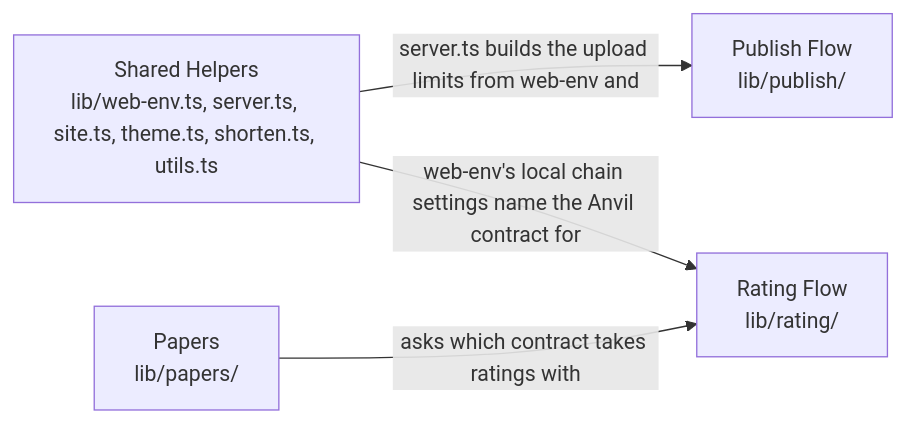
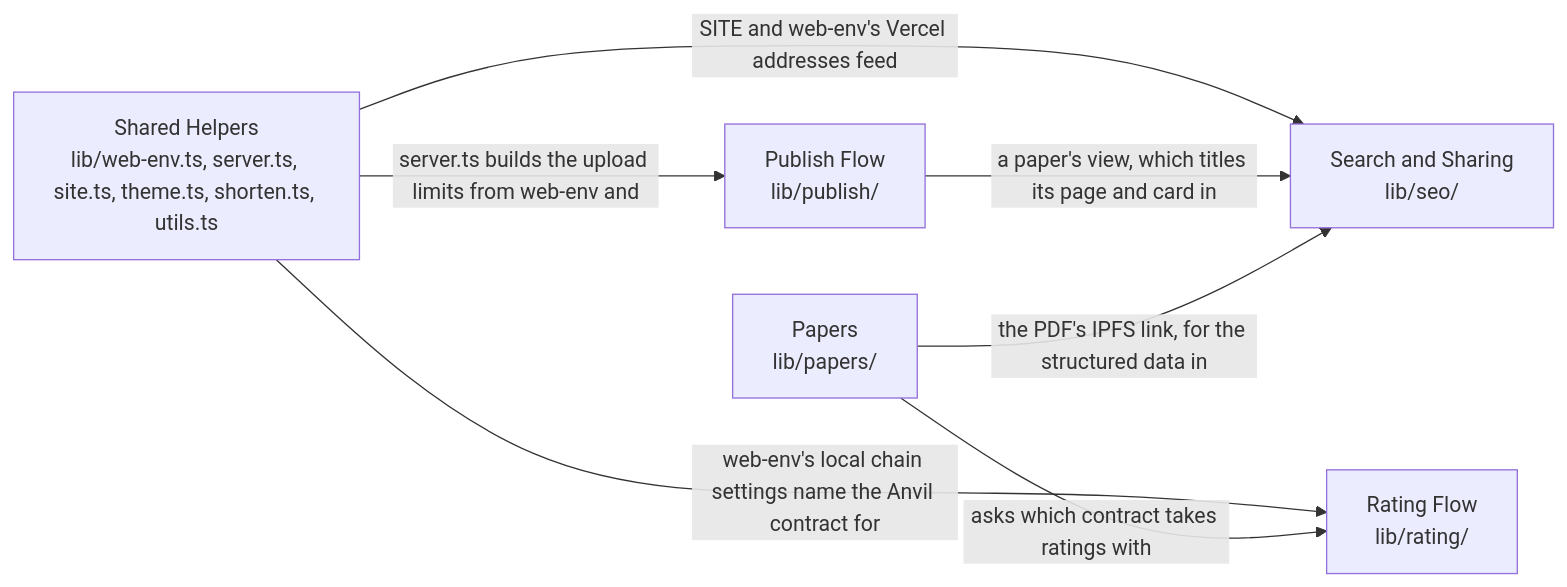
Before and after one commit to SiegfriedBz/labstrail: the diagram in .omm/overall-architecture/web-app/lib/diagram.mmd, drawn with Mermaid. The commit also changed 135 other files, not shown here.

First line of the commit message:
feat(web): open production to search engines and AI search (#50)

```diff
--- a/.omm/overall-architecture/web-app/lib/diagram.mmd
+++ b/.omm/overall-architecture/web-app/lib/diagram.mmd
@@ -1,4 +1,7 @@
 graph LR
     helpers["Shared Helpers\nlib/web-env.ts, server.ts, site.ts, theme.ts, shorten.ts, utils.ts"] -->|"server.ts builds the upload limits from web-env and"| publish["Publish Flow\nlib/publish/"]
     helpers -->|"web-env's local chain settings name the Anvil contract for"| rating["Rating Flow\nlib/rating/"]
     papers["Papers\nlib/papers/"] -->|"asks which contract takes ratings with"| rating
+    helpers -->|"SITE and web-env's Vercel addresses feed"| seo["Search and Sharing\nlib/seo/"]
+    publish -->|"a paper's view, which titles its page and card in"| seo
+    papers -->|"the PDF's IPFS link, for the structured data in"| seo
```
